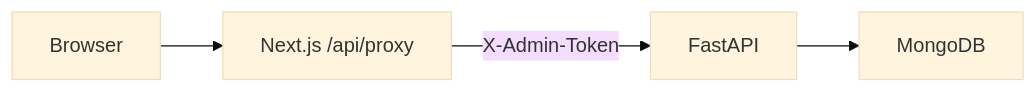
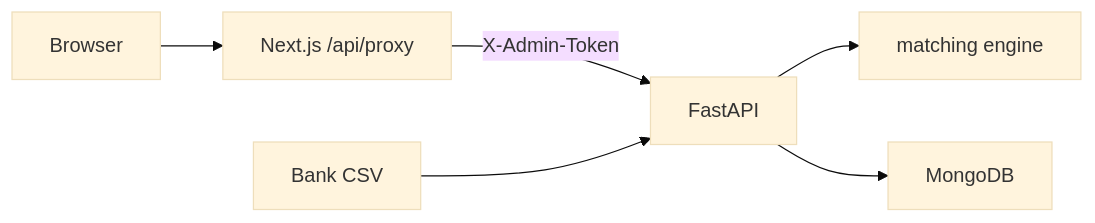
Before and after one commit to Pragyansh612/Sonic-AI-Assignment: the diagram in README.md, drawn with Mermaid (base theme). The commit also changed other lines of this file and 6 other files, not shown here.

````diff
--- a/README.md
+++ b/README.md
@@ -102,6 +169,8 @@
 ```mermaid
 flowchart LR
   Browser --> NextProxy["Next.js /api/proxy"]
   NextProxy -->|"X-Admin-Token"| FastAPI
+  FastAPI --> Match["matching engine"]
   FastAPI --> MongoDB
+  CSV[Bank CSV] --> FastAPI
 ```
````
